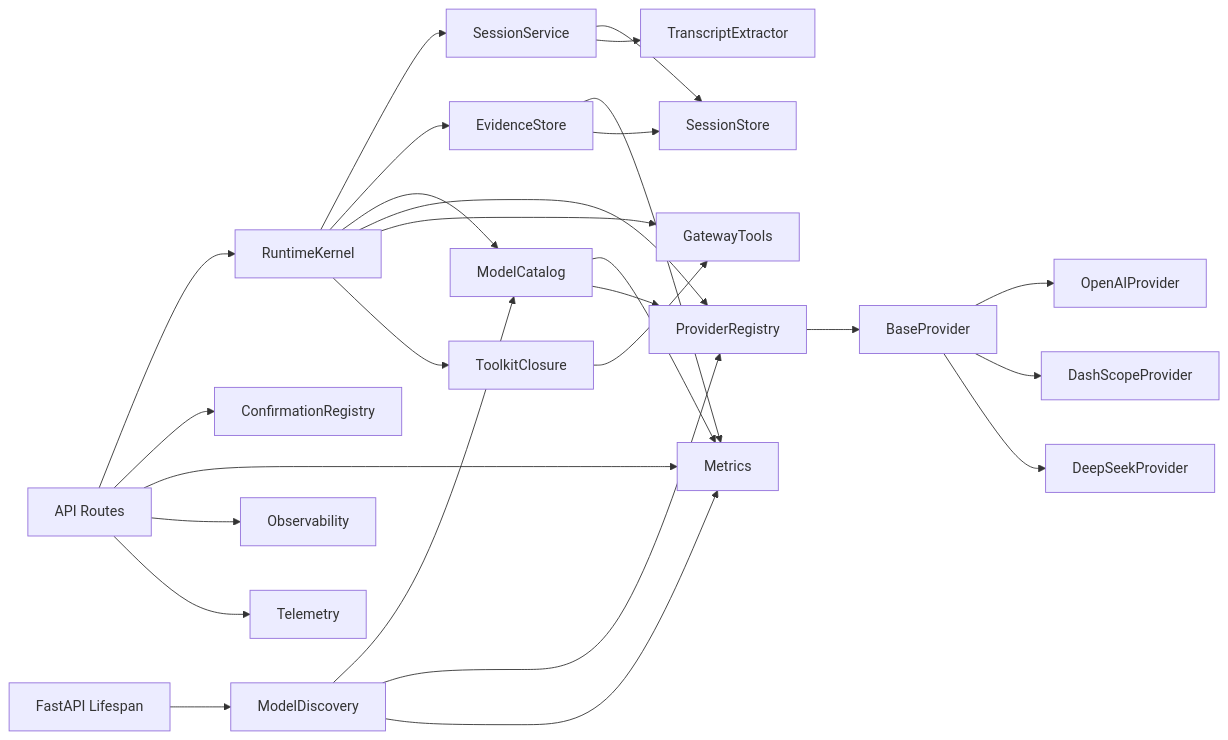
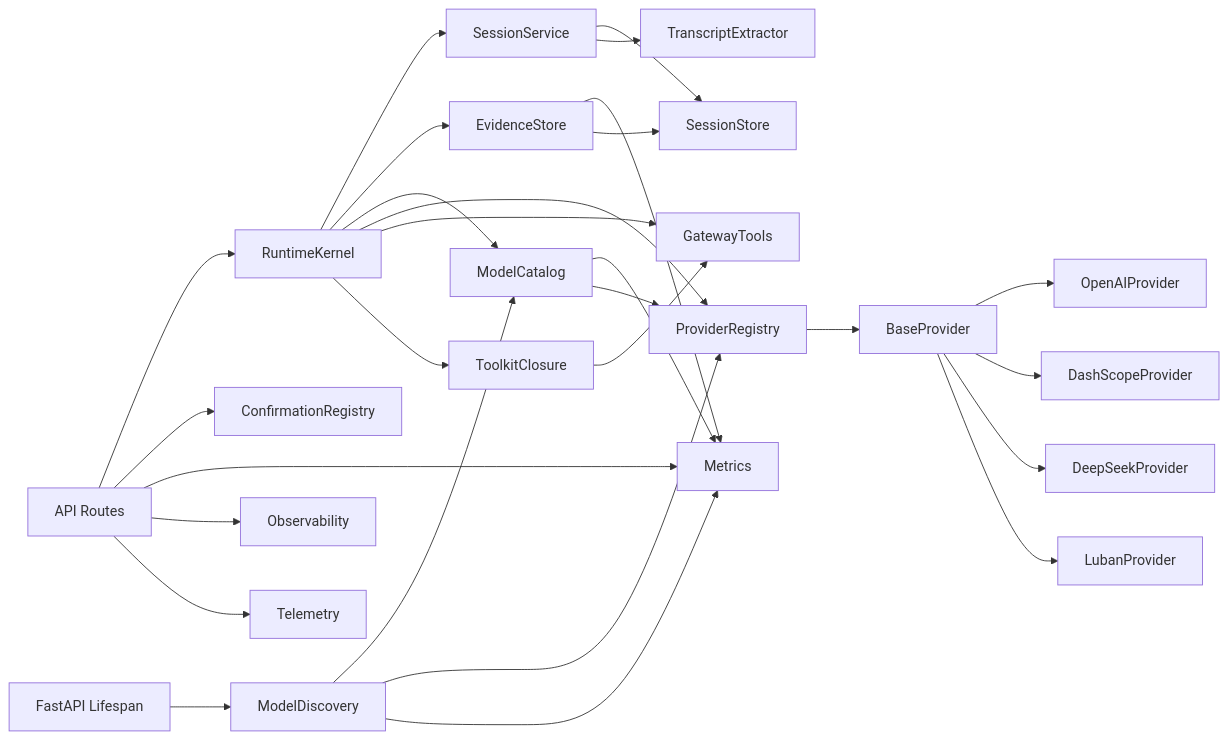
One commit to metasync/luban-aiops changed diagram 27 of 27 in .qoder/repowiki/en/content/Agent Platform Service/Agent Platform Service.md. Above: the diagram before and after it, drawn with Mermaid. The commit also changed other lines of this file and 7 other files, not shown here.

````diff
--- a/.qoder/repowiki/en/content/Agent Platform Service/Agent Platform Service.md
+++ b/.qoder/repowiki/en/content/Agent Platform Service/Agent Platform Service.md
@@ -1686,29 +1702,30 @@
 ```mermaid
 graph LR
 API["API Routes"] --> Kernel["RuntimeKernel"]
 Kernel --> Session["SessionService"]
 Kernel --> Evidence["EvidenceStore"]
 Kernel --> ModelCat["ModelCatalog"]
 Kernel --> Registry["ProviderRegistry"]
 Kernel --> Tools["GatewayTools"]
 Kernel --> Closure["ToolkitClosure"]
 Registry --> Base["BaseProvider"]
 Base --> OpenAI["OpenAIProvider"]
 Base --> DashScope["DashScopeProvider"]
 Base --> DeepSeek["DeepSeekProvider"]
+Base --> Luban["LubanProvider"]
 Session --> Store["SessionStore"]
 Session --> Transcript["TranscriptExtractor"]
 API --> HITL["ConfirmationRegistry"]
 API --> Metrics["Metrics"]
 API --> Obs["Observability"]
 API --> Tel["Telemetry"]
 Closure --> Tools
 Evidence --> Metrics
 Evidence --> Store
 ModelCat --> Metrics
 ModelCat --> Registry
 ModelDisc["ModelDiscovery"] --> ModelCat
 ModelDisc --> Registry
 ModelDisc --> Metrics
 Lifespan["FastAPI Lifespan"] --> ModelDisc
 ```
````
